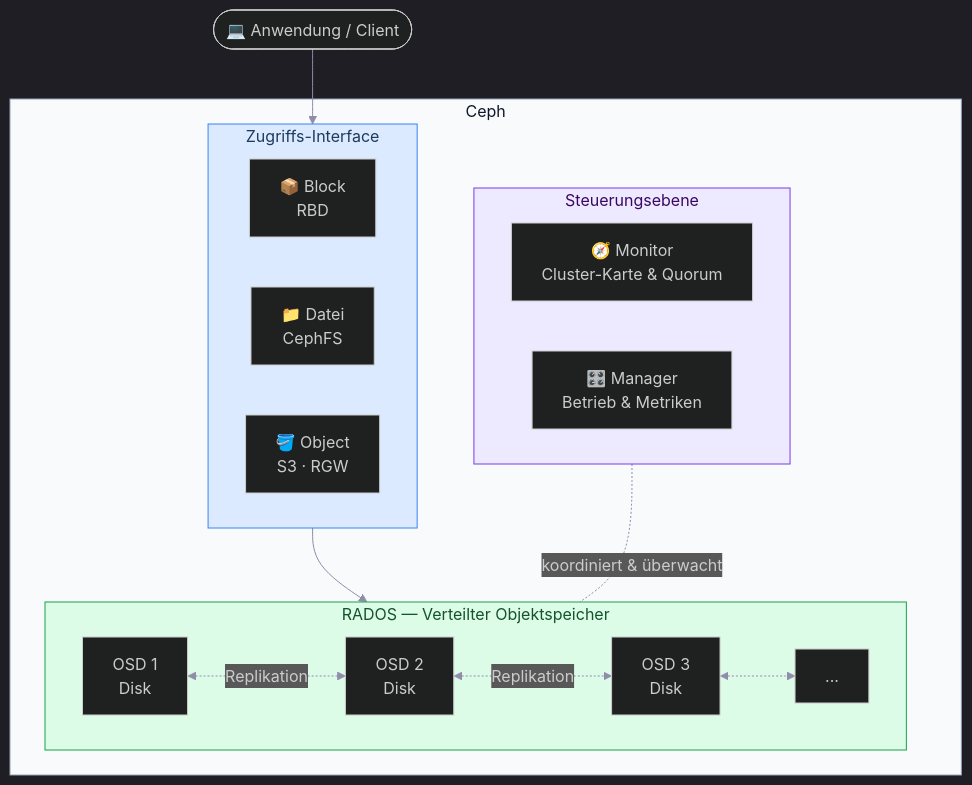
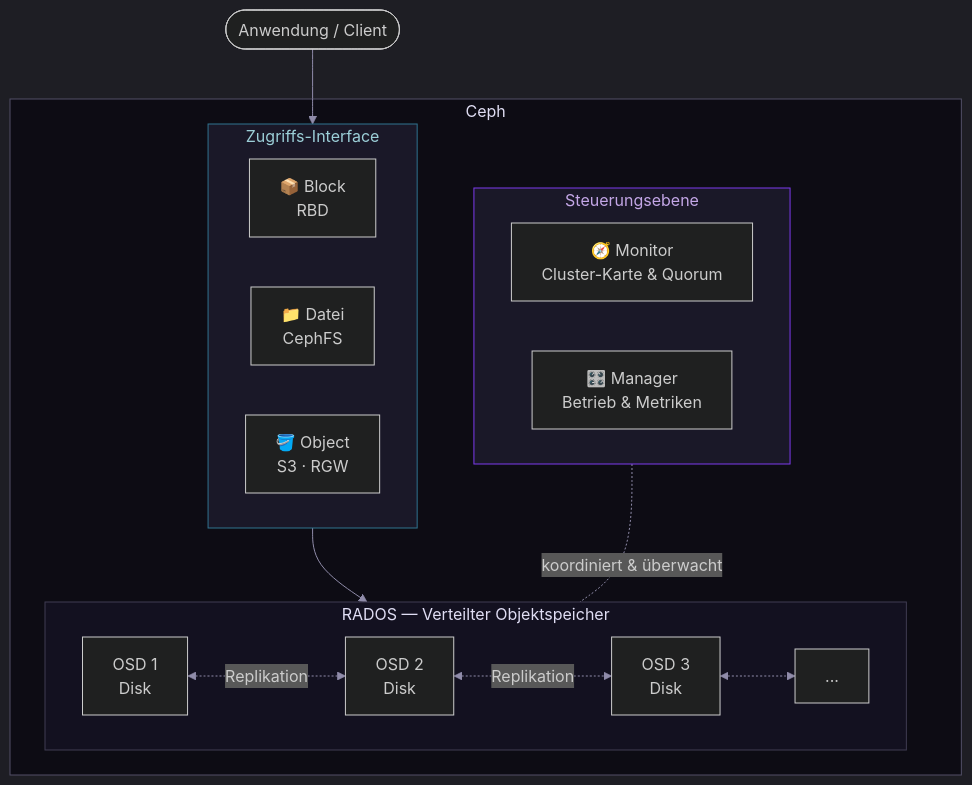
The second of 2 diagrams in README.md (PhilippTheServer/ceph-cluster-on-a-budget), drawn with Mermaid before and after one commit.

Commit message:
docs(README): rework Ceph Structure graph

````diff
--- a/README.md
+++ b/README.md
@@ -236,40 +236,40 @@
 ```mermaid
 %%{init: {'theme': 'dark', 'themeVariables': {'background': '#0d0c14', 'primaryColor': '#1a1828', 'primaryTextColor': '#e0def4', 'primaryBorderColor': '#524f67', 'lineColor': '#908caa', 'clusterBkg': '#131120', 'clusterBorder': '#423e59', 'titleColor': '#e0def4'}}}%%
 flowchart TB
-    APP(["💻 Anwendung / Client"])
+    APP(["Anwendung / Client"])
 
     subgraph CEPH["Ceph"]
         subgraph IF["Zugriffs-Interface"]
             direction LR
             RBD["📦 Block\nRBD"]
             CFS["📁 Datei\nCephFS"]
             RGW["🪣 Object\nS3 · RGW"]
         end
 
         subgraph RADOS["RADOS — Verteilter Objektspeicher"]
             direction LR
-            O1["OSD 1\nDisk"] 
+            O1["OSD 1\nDisk"]
             O2["OSD 2\nDisk"]
             O3["OSD 3\nDisk"]
             ON["..."]
             O1 <-.->|"Replikation"| O2
             O2 <-.->|"Replikation"| O3
             O3 <-.-> ON
         end
 
         subgraph CTRL["Steuerungsebene"]
             direction LR
             MON["🧭 Monitor\nCluster-Karte & Quorum"]
             MGR["🎛️ Manager\nBetrieb & Metriken"]
         end
     end
 
     APP --> IF
     IF --> RADOS
     CTRL -.-|"koordiniert & überwacht"| RADOS
 
-    style CEPH  fill:#f8fafc,stroke:#94a3b8,color:#0f172a
-    style IF    fill:#dbeafe,stroke:#3b82f6,color:#1e3a5f
-    style RADOS fill:#dcfce7,stroke:#16a34a,color:#14532d
-    style CTRL  fill:#ede9fe,stroke:#7c3aed,color:#3b0764
+    style CEPH  fill:#0d0c14,stroke:#524f67,color:#e0def4
+    style IF    fill:#1a1828,stroke:#31748f,color:#9ccfd8
+    style RADOS fill:#131120,stroke:#403d52,color:#e0def4
+    style CTRL  fill:#1a1828,stroke:#7c3aed,color:#c4a7e7
 ```
````
